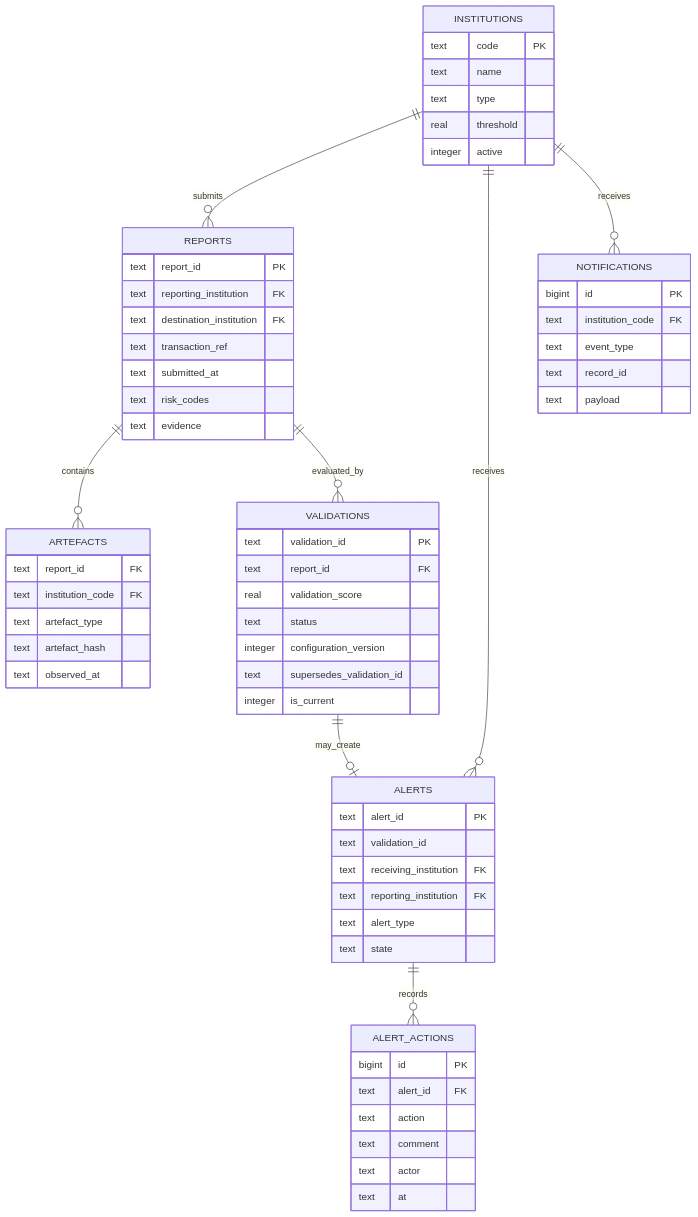
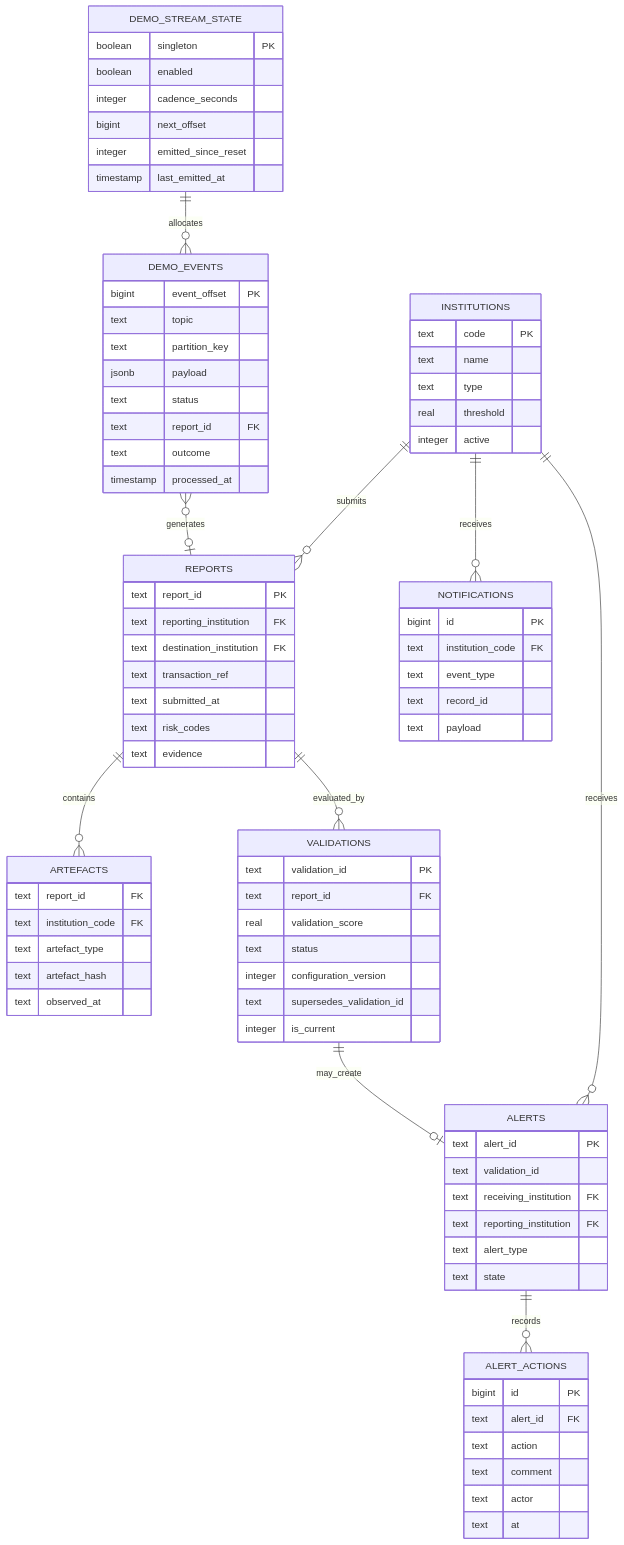
Before and after one commit to tmjoris/kifaru: the seventh of 8 diagrams in README.md, drawn with Mermaid. The commit also changed other lines of this file, not shown here.

Commit message:
Draw Kifaru architecture diagrams

````diff
--- a/README.md
+++ b/README.md
@@ -238,6 +266,8 @@
     VALIDATIONS ||--o| ALERTS : may_create
     ALERTS ||--o{ ALERT_ACTIONS : records
     INSTITUTIONS ||--o{ NOTIFICATIONS : receives
+    DEMO_STREAM_STATE ||--o{ DEMO_EVENTS : allocates
+    DEMO_EVENTS }o--o| REPORTS : generates
 
     INSTITUTIONS {
         text code PK
@@ -294,4 +324,22 @@
         text record_id
         text payload
     }
+    DEMO_STREAM_STATE {
+        boolean singleton PK
+        boolean enabled
+        integer cadence_seconds
+        bigint next_offset
+        integer emitted_since_reset
+        timestamp last_emitted_at
+    }
+    DEMO_EVENTS {
+        bigint event_offset PK
+        text topic
+        text partition_key
+        jsonb payload
+        text status
+        text report_id FK
+        text outcome
+        timestamp processed_at
+    }
 ```
````
